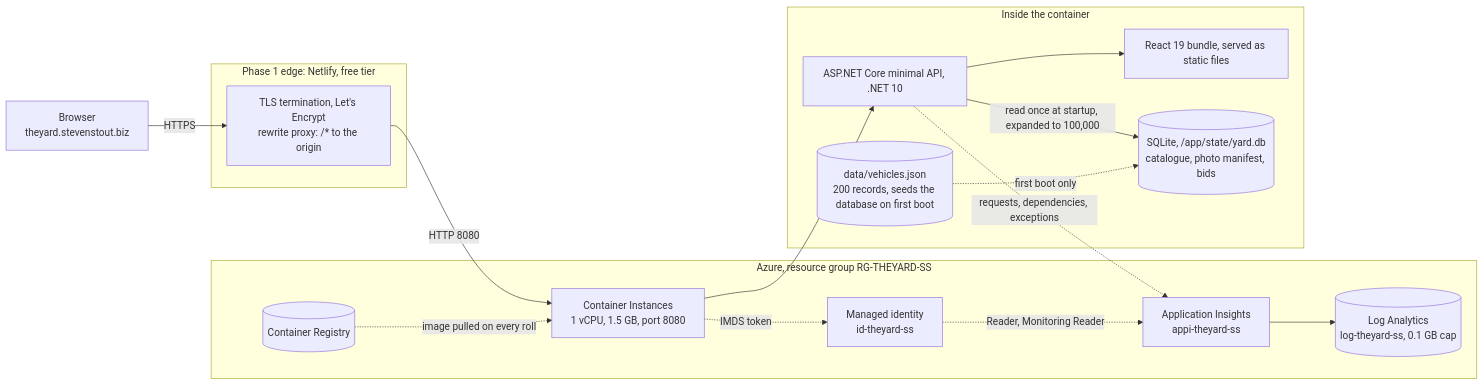
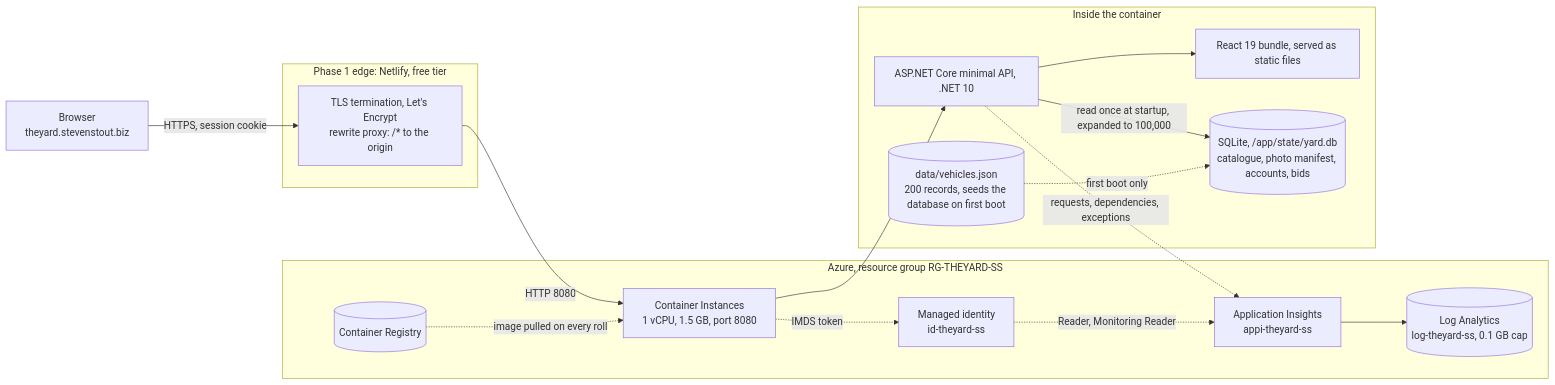
Before and after one commit to SteveStout/TheYard: the first of 2 diagrams in docs/ARCHITECTURE.md, drawn with Mermaid. The commit also changed 41 other files, not shown here.

First line of the commit message:
﻿Accounts, and bids that belong to somebody

````diff
--- a/docs/ARCHITECTURE.md
+++ b/docs/ARCHITECTURE.md
@@ -25,35 +25,35 @@
 ```mermaid
 flowchart LR
   B["Browser<br/>theyard.stevenstout.biz"]
 
   subgraph edge["Phase 1 edge: Netlify, free tier"]
     TLS["TLS termination, Let's Encrypt<br/>rewrite proxy: /* to the origin"]
   end
 
   subgraph azure["Azure, resource group RG-THEYARD-SS"]
     ACI["Container Instances<br/>1 vCPU, 1.5 GB, port 8080"]
     ACR[("Container Registry")]
     MI["Managed identity<br/>id-theyard-ss"]
     AI["Application Insights<br/>appi-theyard-ss"]
     LAW[("Log Analytics<br/>log-theyard-ss, 0.1 GB cap")]
   end
 
   subgraph box["Inside the container"]
     API["ASP.NET Core minimal API, .NET 10"]
     SPA["React 19 bundle, served as static files"]
     SEED[("data/vehicles.json<br/>200 records, seeds the database on first boot")]
-    DB[("SQLite, /app/state/yard.db<br/>catalogue, photo manifest, bids")]
+    DB[("SQLite, /app/state/yard.db<br/>catalogue, photo manifest, accounts, bids")]
   end
 
-  B -->|HTTPS| TLS
+  B -->|HTTPS, session cookie| TLS
   TLS -->|HTTP 8080| ACI
   ACI --> API
   API --> SPA
   API -->|read once at startup, expanded to 100,000| DB
   SEED -.->|first boot only| DB
   ACR -.->|image pulled on every roll| ACI
   ACI -.->|IMDS token| MI
   MI -.->|Reader, Monitoring Reader| AI
   API -.->|requests, dependencies, exceptions| AI
   AI --> LAW
 ```
````
